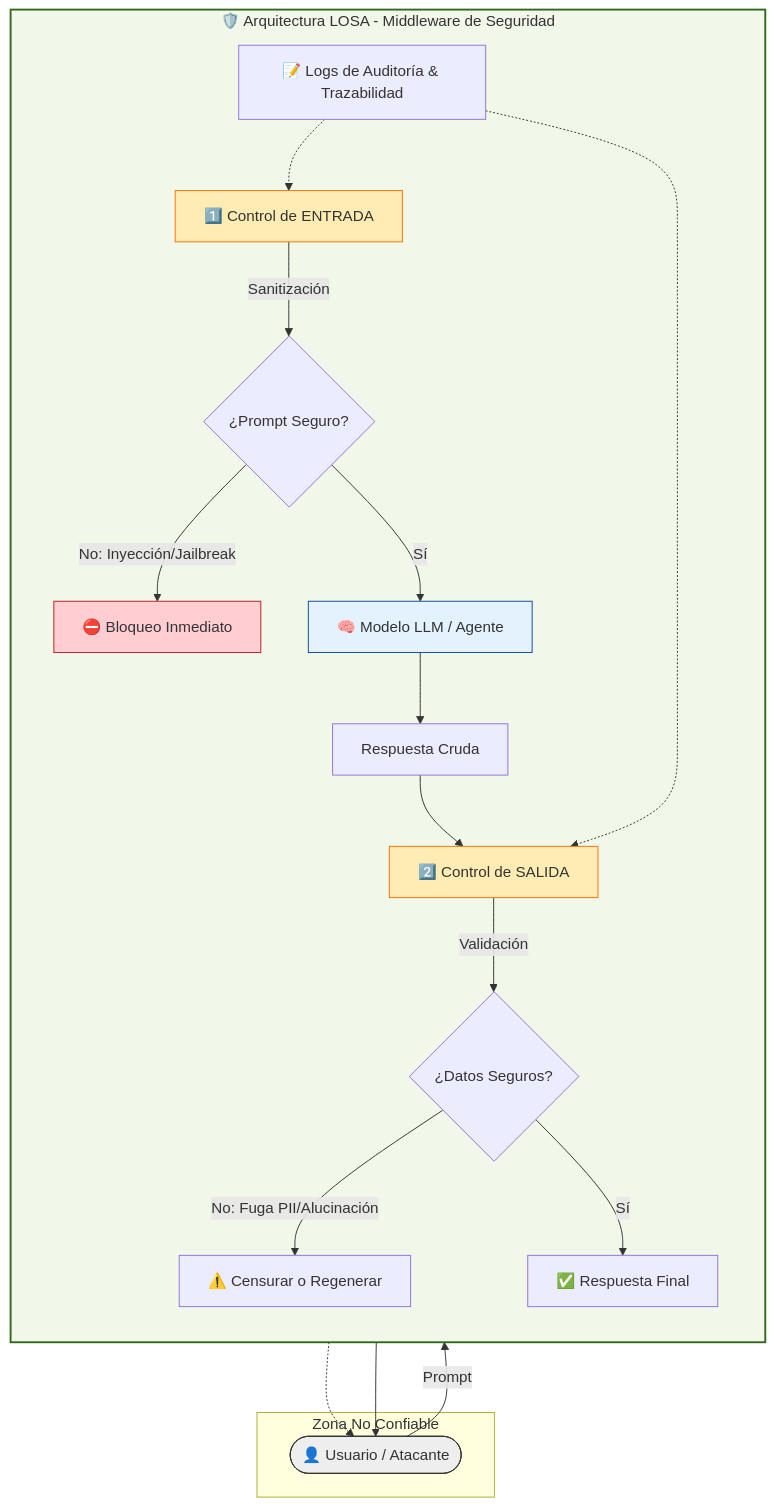
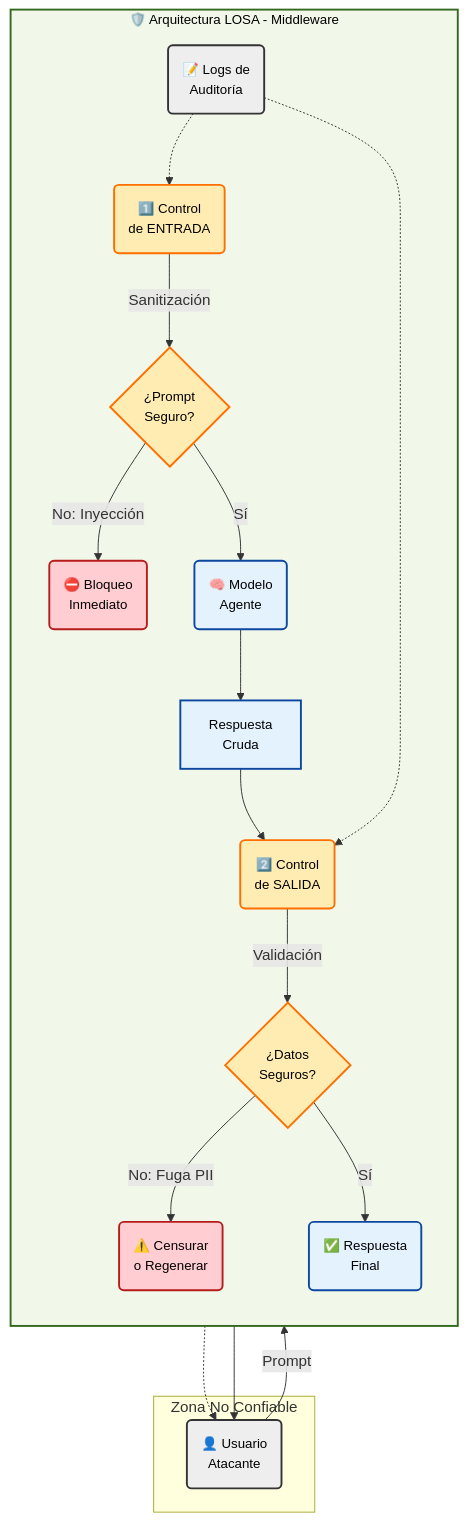
Before and after one commit to jccarvajal/Arquitectura-IA: the diagram in docs/guias/09-Gobernanza.md, drawn with Mermaid.

````diff
--- a/docs/guias/09-Gobernanza.md
+++ b/docs/guias/09-Gobernanza.md
@@ -161,36 +161,45 @@
 ```mermaid
 graph TD
+    %% ESTILOS (Alto Contraste + Fuente 14px)
+    classDef base fill:#eeeeee,stroke:#333,stroke-width:2px,color:#000,font-size:14px;
+    classDef layer fill:#f1f8e9,stroke:#33691e,stroke-width:2px,color:#000,font-size:14px;
+    classDef blue fill:#e3f2fd,stroke:#0d47a1,stroke-width:2px,color:#000,font-size:14px;
+    classDef orange fill:#ffecb3,stroke:#ff6f00,stroke-width:2px,color:#000,font-size:14px;
+    classDef red fill:#ffcdd2,stroke:#b71c1c,stroke-width:2px,color:#000,font-size:14px;
+
+    %% EXTERNO
     subgraph EXTERNO [Zona No Confiable]
-        User([👤 Usuario / Atacante])
+        User(👤 Usuario<br/>Atacante)
     end
+    class User base;
 
-    subgraph LOSA_LAYER [🛡️ Arquitectura LOSA - Middleware de Seguridad]
+    %% ARQUITECTURA LOSA
+    subgraph LOSA_LAYER [🛡️ Arquitectura LOSA - Middleware]
         direction TB
-        Input[1️⃣ Control de ENTRADA] -->|Sanitización| Check1{¿Prompt Seguro?}
+        Input(1️⃣ Control<br/>de ENTRADA) -->|Sanitización| Check1{¿Prompt<br/>Seguro?}
         
-        Check1 -->|No: Inyección/Jailbreak| Block1[⛔ Bloqueo Inmediato]
-        Check1 -->|Sí| LLM[🧠 Modelo LLM / Agente]
+        Check1 -->|No: Inyección| Block1(⛔ Bloqueo<br/>Inmediato)
+        Check1 -->|Sí| LLM(🧠 Modelo<br/>Agente)
         
-        LLM --> RawResp[Respuesta Cruda]
-        RawResp --> Output[2️⃣ Control de SALIDA]
+        LLM --> RawResp[Respuesta<br/>Cruda]
+        RawResp --> Output(2️⃣ Control<br/>de SALIDA)
         
-        Output -->|Validación| Check2{¿Datos Seguros?}
-        Check2 -->|No: Fuga PII/Alucinación| Block2[⚠️ Censurar o Regenerar]
-        Check2 -->|Sí| Final[✅ Respuesta Final]
+        Output -->|Validación| Check2{¿Datos<br/>Seguros?}
+        Check2 -->|No: Fuga PII| Block2(⚠️ Censurar<br/>o Regenerar)
+        Check2 -->|Sí| Final(✅ Respuesta<br/>Final)
         
-        Audit[📝 Logs de Auditoría & Trazabilidad] -.-> Input
+        Audit(📝 Logs de<br/>Auditoría) -.-> Input
         Audit -.-> Output
     end
+    class LOSA_LAYER layer;
+    class Input,Output orange;
+    class LLM,RawResp,Final blue;
+    class Block1,Block2 red;
+    class Check1,Check2 orange;
+    class Audit base;
 
+    %% CONEXIONES
     User -->|Prompt| Input
     Block1 -.-> User
     Final --> User
-
-    %% Estilos Cyber/Noir
-    style LOSA_LAYER fill:#f1f8e9,stroke:#33691e,stroke-width:2px
-    style LLM fill:#e3f2fd,stroke:#0d47a1
-    style Input fill:#ffecb3,stroke:#ff6f00
-    style Output fill:#ffecb3,stroke:#ff6f00
-    style Block1 fill:#ffcdd2,stroke:#b71c1c
-    style User fill:#eeeeee,stroke:#333
 ```
````
